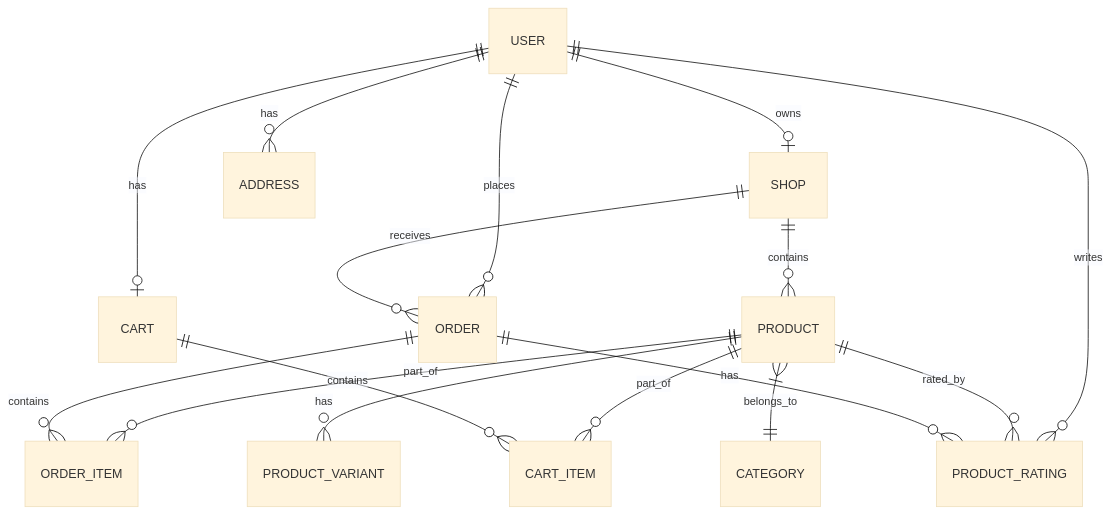
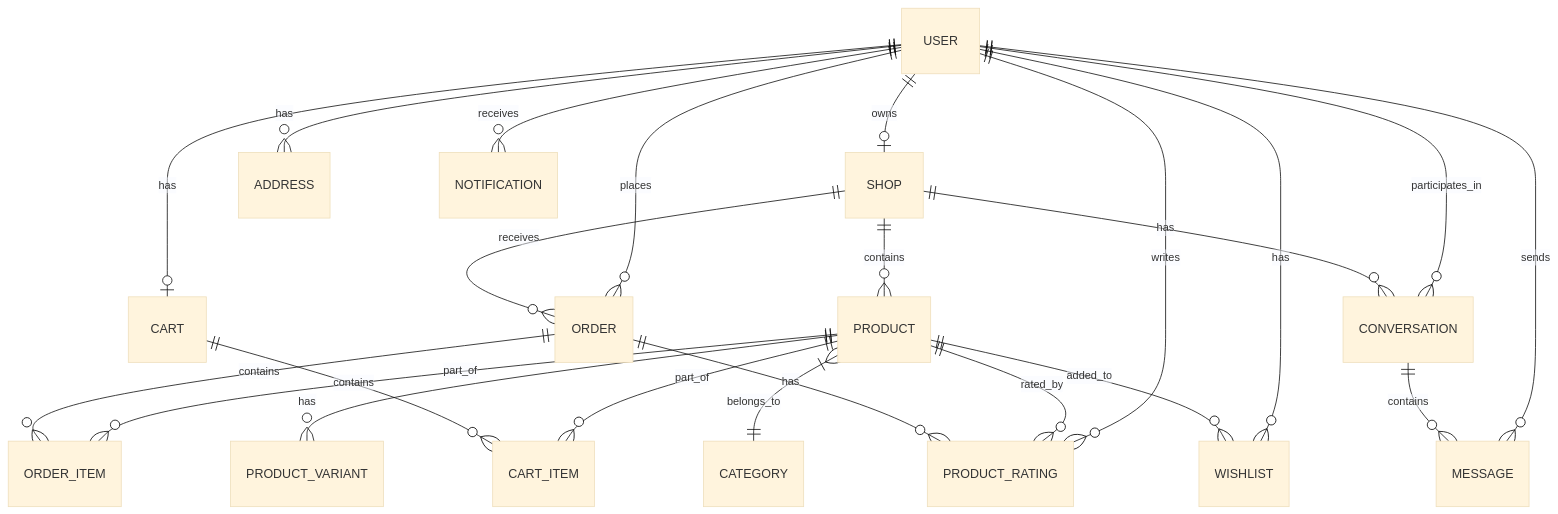
One commit to JhonGutang/icon-shoppers changed the diagram in docs/schemas-relationships.md. Above: the diagram before and after it, drawn with Mermaid (base theme). The commit also changed other lines of this file and 5 other files, not shown here.

````diff
--- a/docs/schemas-relationships.md
+++ b/docs/schemas-relationships.md
@@ -7,22 +7,30 @@
 ```mermaid
 erDiagram
     USER ||--o| SHOP : owns
     USER ||--o{ ORDER : places
     USER ||--o| CART : has
     USER ||--o{ ADDRESS : has
     USER ||--o{ PRODUCT_RATING : writes
+    USER ||--o{ CONVERSATION : participates_in
+    USER ||--o{ MESSAGE : sends
+    USER ||--o{ NOTIFICATION : receives
+    USER ||--o{ WISHLIST : has
     
     SHOP ||--o{ PRODUCT : contains
     SHOP ||--o{ ORDER : receives
+    SHOP ||--o{ CONVERSATION : has
     
     PRODUCT ||--o{ ORDER_ITEM : part_of
     PRODUCT ||--o{ CART_ITEM : part_of
     PRODUCT ||--o{ PRODUCT_RATING : rated_by
     PRODUCT ||--o{ PRODUCT_VARIANT : has
+    PRODUCT ||--o{ WISHLIST : added_to
     PRODUCT }|--|| CATEGORY : belongs_to
     
     ORDER ||--o{ ORDER_ITEM : contains
     ORDER ||--o{ PRODUCT_RATING : has
     
+    CONVERSATION ||--o{ MESSAGE : contains
+    
     CART ||--o{ CART_ITEM : contains
 ```
````
